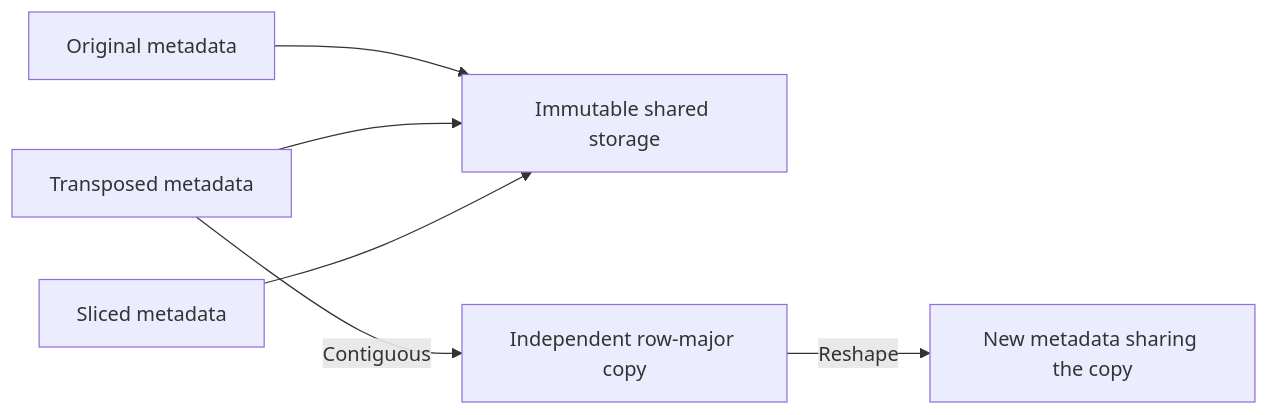
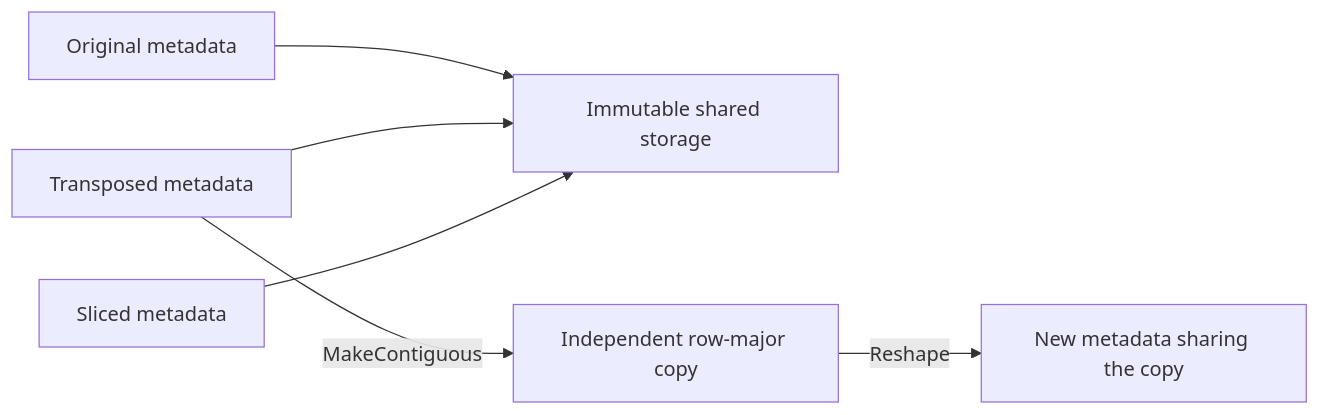
One commit to bpradana/goml changed the diagram in docs/tensor-semantics.md. Above: the diagram before and after it, drawn with Mermaid. The commit also changed other lines of this file and 21 other files, not shown here.

````diff
--- a/docs/tensor-semantics.md
+++ b/docs/tensor-semantics.md
@@ -74,8 +75,8 @@
 ```mermaid
 flowchart LR
     Original["Original metadata"] --> Shared["Immutable shared storage"]
     Transpose["Transposed metadata"] --> Shared
     Slice["Sliced metadata"] --> Shared
-    Transpose -->|Contiguous| New["Independent row-major copy"]
+    Transpose -->|MakeContiguous| New["Independent row-major copy"]
     New -->|Reshape| Reshaped["New metadata sharing the copy"]
 ```
````
